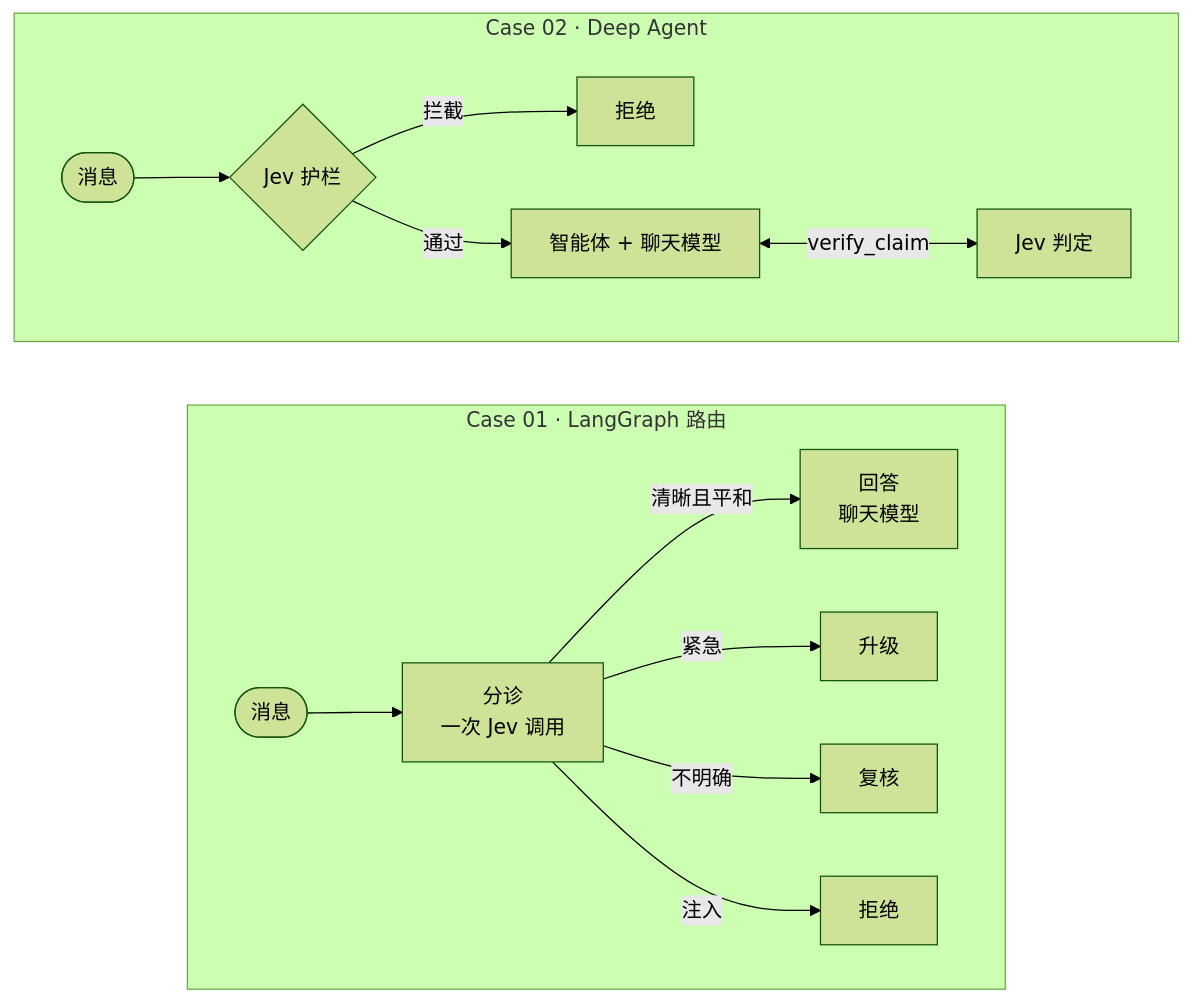
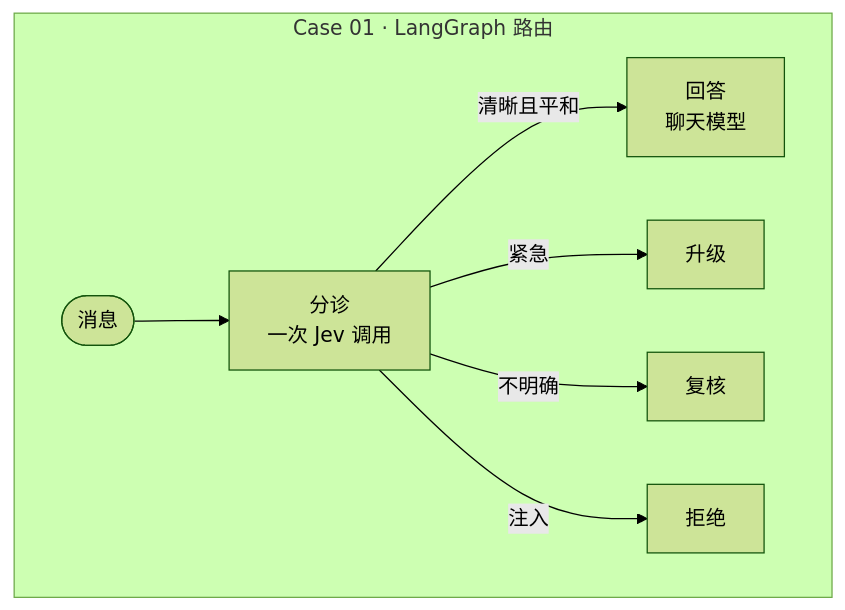
The first of 2 diagrams in README-zh-CN.md (jyje/pilot-typesafeai-jev), drawn with Mermaid (forest theme) before and after one commit. The commit also changed 4 other files, not shown here.

First line of the commit message:
📄 docs(readme): fix the overview diagram order and the Docs table header

````diff
--- a/README-zh-CN.md
+++ b/README-zh-CN.md
@@ -32,18 +32,11 @@
 ```mermaid
 flowchart LR
     subgraph C1["Case 01 · LangGraph 路由"]
         direction LR
         m1([消息]) --> t["分诊<br/>一次 Jev 调用"]
         t -->|清晰且平和| a["回答<br/>聊天模型"]
         t -->|紧急| e[升级]
         t -->|不明确| r[复核]
         t -->|注入| f[拒绝]
     end
-    subgraph C2["Case 02 · Deep Agent"]
-        direction LR
-        m2([消息]) --> g{"Jev 护栏"}
-        g -->|拦截| f2[拒绝]
-        g -->|通过| ag["智能体 + 聊天模型"]
-        ag <-->|verify_claim| j["Jev 判定"]
-    end
 ```
````
